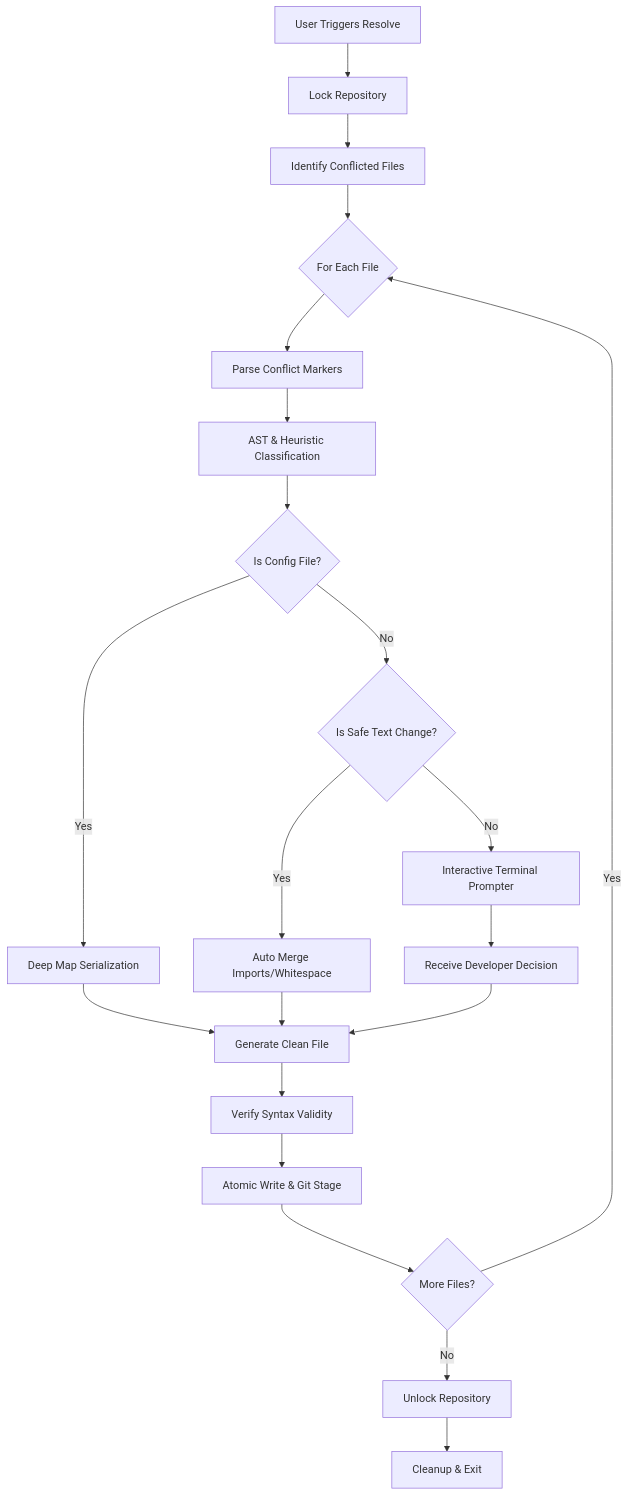
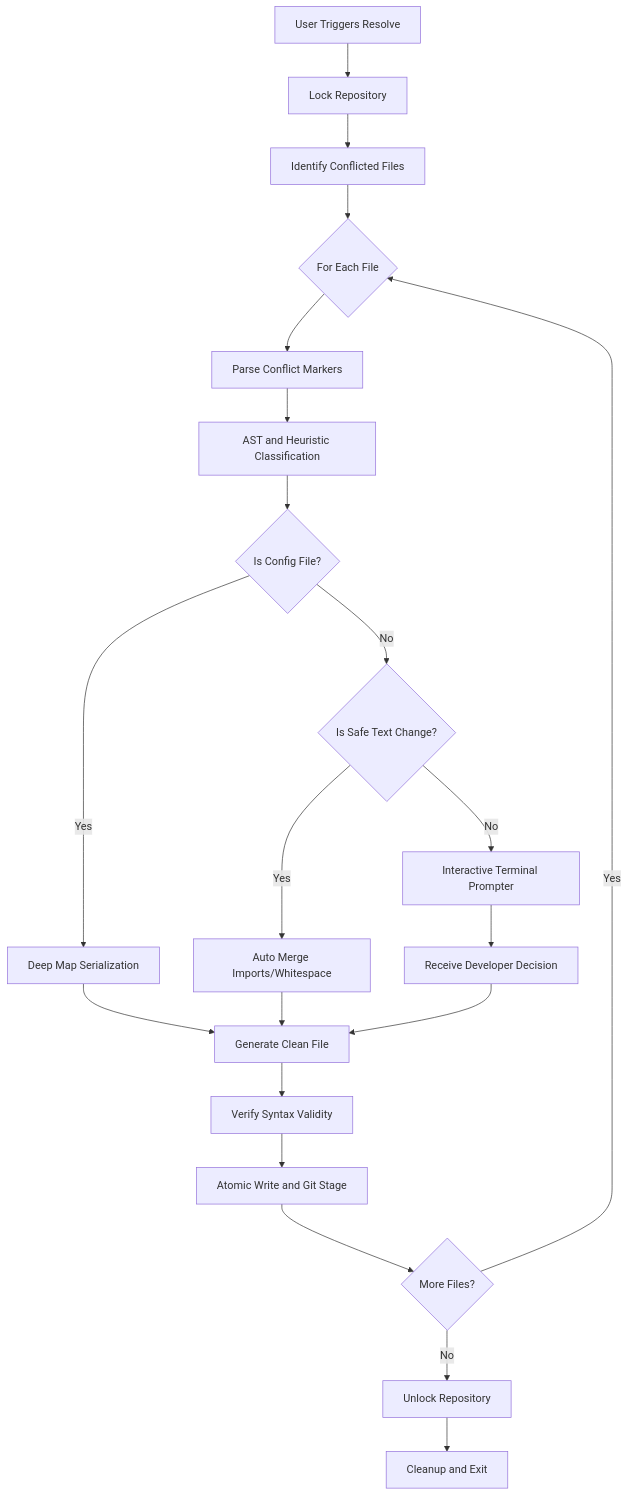
The diagram in README.md (jhanvi857/gitresolve), drawn with Mermaid before and after one commit. The commit also changed other lines of this file, not shown here.

````diff
--- a/README.md
+++ b/README.md
@@ -44,29 +42,29 @@
 ```mermaid
 flowchart TD
     Start[User Triggers Resolve] --> LockRepo[Lock Repository]
     LockRepo --> ReadGit[Identify Conflicted Files]
     ReadGit --> LoopFiles{For Each File}
     
     LoopFiles --> Parsed[Parse Conflict Markers]
-    Parsed --> Classify[AST & Heuristic Classification]
+    Parsed --> Classify[AST and Heuristic Classification]
     
     Classify --> IsStructured{Is Config File?}
     IsStructured -- Yes --> StructuralMerge[Deep Map Serialization]
     StructuralMerge --> Output[Generate Clean File]
     
     IsStructured -- No --> IsSafeText{Is Safe Text Change?}
     IsSafeText -- Yes --> AutoResolve[Auto Merge Imports/Whitespace]
     AutoResolve --> Output
     
     IsSafeText -- No --> UserInput[Interactive Terminal Prompter]
     UserInput --> ReceiveInput[Receive Developer Decision]
     ReceiveInput --> Output
     
     Output --> Verify[Verify Syntax Validity]
-    Verify --> Write[Atomic Write & Git Stage]
+    Verify --> Write[Atomic Write and Git Stage]
     Write --> NextFile{More Files?}
     
     NextFile -- Yes --> LoopFiles
     NextFile -- No --> Unlock[Unlock Repository]
-    Unlock --> Finish[Cleanup & Exit]
+    Unlock --> Finish[Cleanup and Exit]
 ```
````
